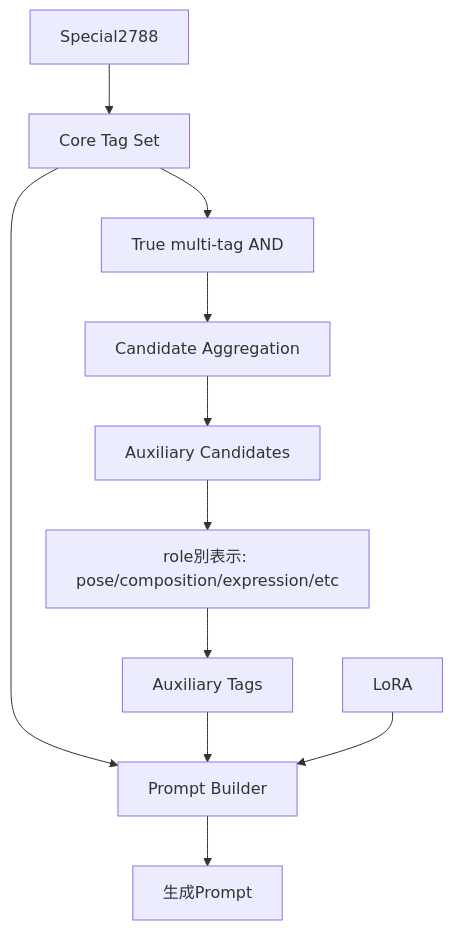
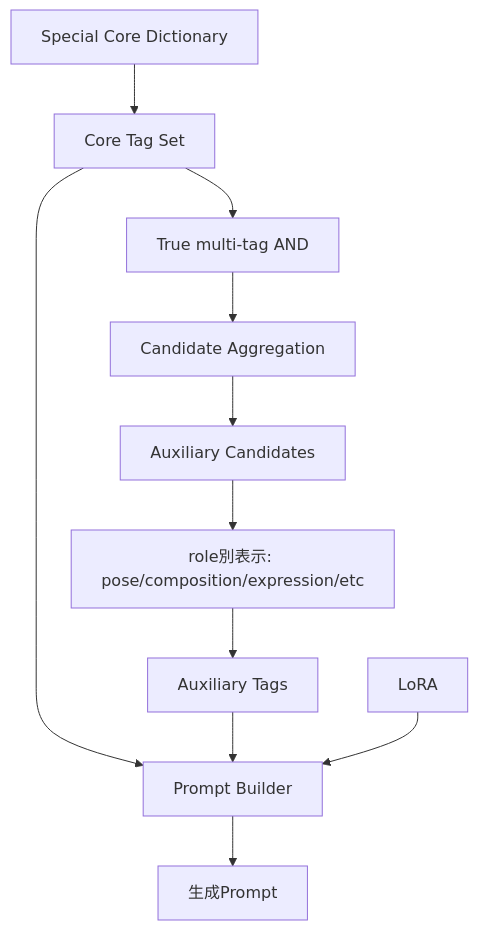
Before and after one commit to takasago181/DanbooruTagTool: the seventh of 8 diagrams in docs/FLOWCHARTS.md, drawn with Mermaid. The commit also changed 24 other files, not shown here.

Commit message:
docs: finalize Special Core Dictionary naming and freeze handoff

````diff
--- a/docs/FLOWCHARTS.md
+++ b/docs/FLOWCHARTS.md
@@ -100,13 +100,13 @@
 ```mermaid
 flowchart TD
- A[Special2788] --> B[Core Tag Set]
+ A[Special Core Dictionary] --> B[Core Tag Set]
  B --> C[True multi-tag AND]
  C --> D[Candidate Aggregation]
  D --> E[Auxiliary Candidates]
  E --> F[role別表示: pose/composition/expression/etc]
  F --> G[Auxiliary Tags]
  B --> H[Prompt Builder]
  G --> H
  I[LoRA] --> H
  H --> J[生成Prompt]
 ```
````
